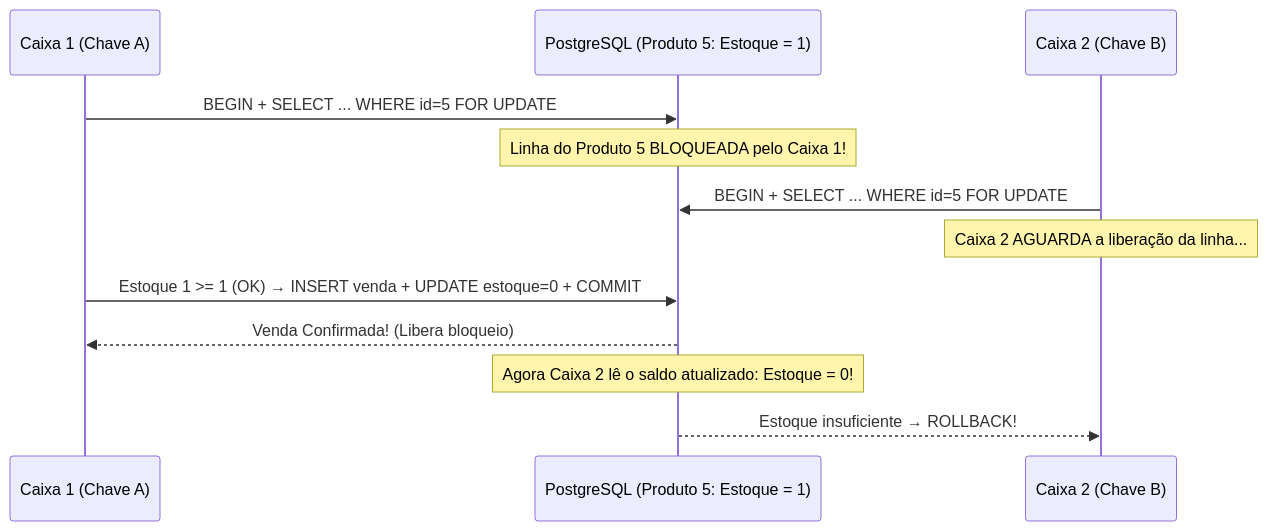
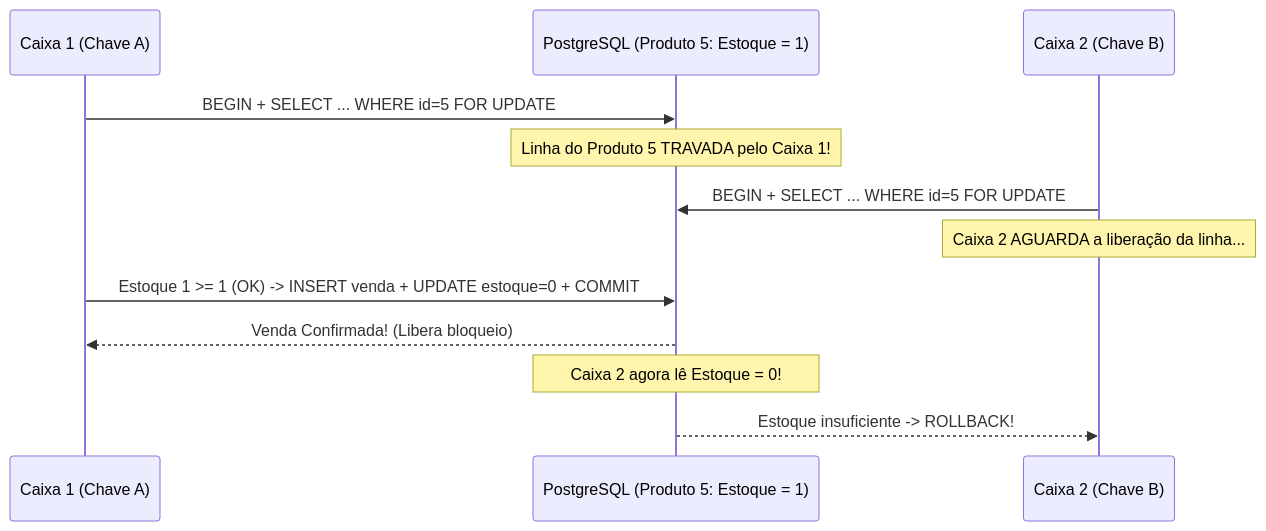
The diagram in 21-Venda-com-Transacao.md (diogofragoso/roteiro_de_aprendizagem_C-sharp), drawn with Mermaid before and after one commit. The commit also changed other lines of this file and 11 other files, not shown here.

````diff
--- a/21-Venda-com-Transacao.md
+++ b/21-Venda-com-Transacao.md
@@ -36,14 +50,14 @@
-```mermaid
-sequenceDiagram
-    participant C1 as Caixa 1 (Chave A)
-    participant DB as PostgreSQL (Produto 5: Estoque = 1)
-    participant C2 as Caixa 2 (Chave B)
-    C1->>DB: BEGIN + SELECT ... WHERE id=5 FOR UPDATE
-    Note over DB: Linha do Produto 5 BLOQUEADA pelo Caixa 1!
-    C2->>DB: BEGIN + SELECT ... WHERE id=5 FOR UPDATE
-    Note over C2: Caixa 2 AGUARDA a liberação da linha...
-    C1->>DB: Estoque 1 >= 1 (OK) → INSERT venda + UPDATE estoque=0 + COMMIT
-    DB-->>C1: Venda Confirmada! (Libera bloqueio)
-    Note over DB: Agora Caixa 2 lê o saldo atualizado: Estoque = 0!
-    DB-->>C2: Estoque insuficiente → ROLLBACK!
-```
+   ```mermaid
+   sequenceDiagram
+       participant C1 as Caixa 1 (Chave A)
+       participant DB as PostgreSQL (Produto 5: Estoque = 1)
+       participant C2 as Caixa 2 (Chave B)
+       C1->>DB: BEGIN + SELECT ... WHERE id=5 FOR UPDATE
+       Note over DB: Linha do Produto 5 TRAVADA pelo Caixa 1!
+       C2->>DB: BEGIN + SELECT ... WHERE id=5 FOR UPDATE
+       Note over C2: Caixa 2 AGUARDA a liberação da linha...
+       C1->>DB: Estoque 1 >= 1 (OK) -> INSERT venda + UPDATE estoque=0 + COMMIT
+       DB-->>C1: Venda Confirmada! (Libera bloqueio)
+       Note over DB: Caixa 2 agora lê Estoque = 0!
+       DB-->>C2: Estoque insuficiente -> ROLLBACK!
+   ```
````
